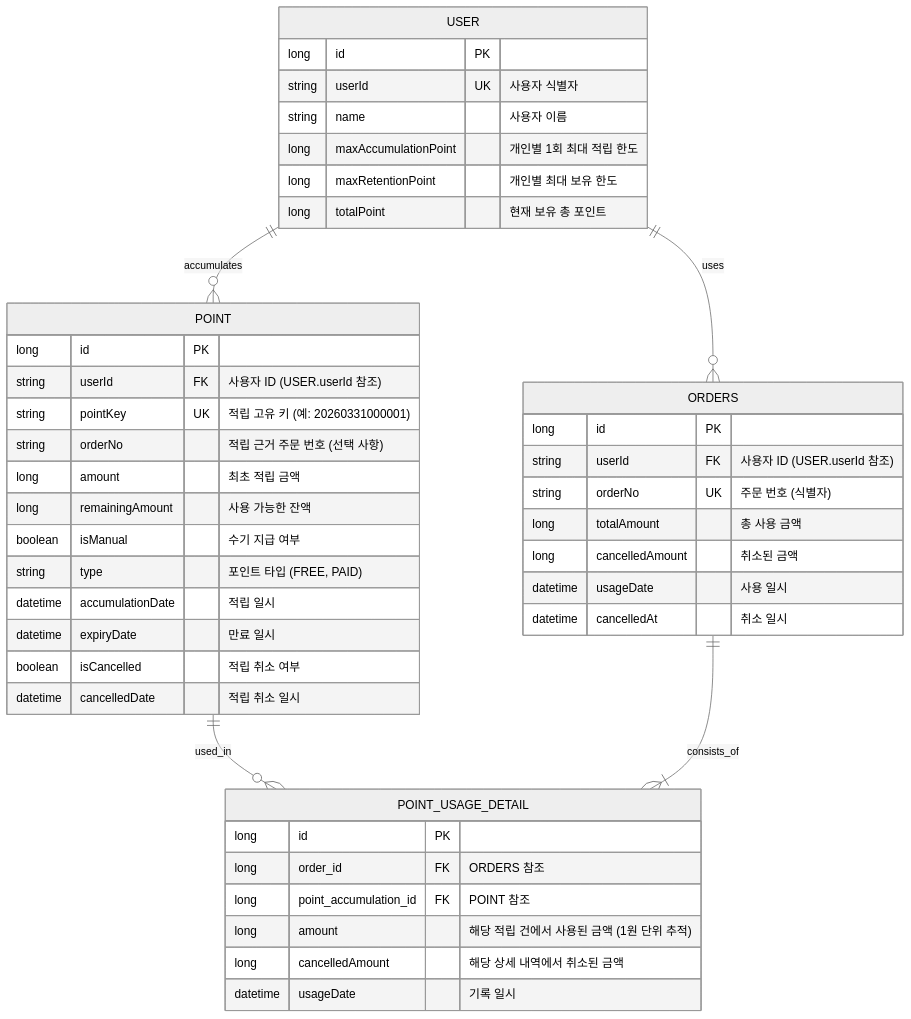
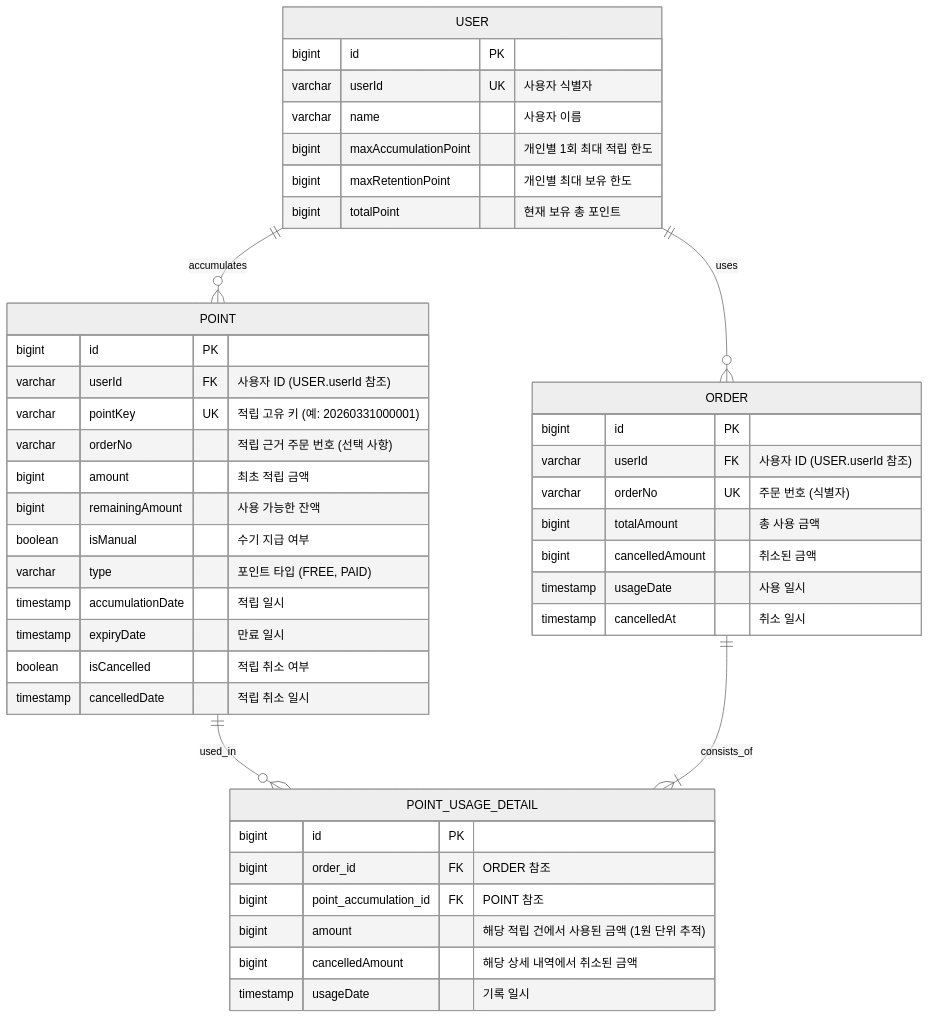
One commit to muzzaiwork/point changed the diagram in docs/데이터베이스 설계.md. Above: the diagram before and after it, drawn with Mermaid (neutral theme). The commit also changed other lines of this file and 2 other files, not shown here.

Commit message:
docs: ERD 데이터 타입 추가 및 테이블명 리네이밍(orders -> order)

````diff
--- a/docs/데이터베이스 설계.md
+++ b/docs/데이터베이스 설계.md
@@ -5,50 +5,50 @@
 ```mermaid
 erDiagram
     USER ||--o{ POINT : "accumulates"
-    USER ||--o{ ORDERS : "uses"
+    USER ||--o{ ORDER : "uses"
     POINT ||--o{ POINT_USAGE_DETAIL : "used_in"
-    ORDERS ||--|{ POINT_USAGE_DETAIL : "consists_of"
+    ORDER ||--|{ POINT_USAGE_DETAIL : "consists_of"
 
     USER {
-        long id PK
-        string userId UK "사용자 식별자"
-        string name "사용자 이름"
-        long maxAccumulationPoint "개인별 1회 최대 적립 한도"
-        long maxRetentionPoint "개인별 최대 보유 한도"
-        long totalPoint "현재 보유 총 포인트"
+        bigint id PK
+        varchar userId UK "사용자 식별자"
+        varchar name "사용자 이름"
+        bigint maxAccumulationPoint "개인별 1회 최대 적립 한도"
+        bigint maxRetentionPoint "개인별 최대 보유 한도"
+        bigint totalPoint "현재 보유 총 포인트"
     }
 
     POINT {
-        long id PK
-        string userId FK "사용자 ID (USER.userId 참조)"
-        string pointKey UK "적립 고유 키 (예: 20260331000001)"
-        string orderNo "적립 근거 주문 번호 (선택 사항)"
-        long amount "최초 적립 금액"
-        long remainingAmount "사용 가능한 잔액"
+        bigint id PK
+        varchar userId FK "사용자 ID (USER.userId 참조)"
+        varchar pointKey UK "적립 고유 키 (예: 20260331000001)"
+        varchar orderNo "적립 근거 주문 번호 (선택 사항)"
+        bigint amount "최초 적립 금액"
+        bigint remainingAmount "사용 가능한 잔액"
         boolean isManual "수기 지급 여부"
-        string type "포인트 타입 (FREE, PAID)"
-        datetime accumulationDate "적립 일시"
-        datetime expiryDate "만료 일시"
+        varchar type "포인트 타입 (FREE, PAID)"
+        timestamp accumulationDate "적립 일시"
+        timestamp expiryDate "만료 일시"
         boolean isCancelled "적립 취소 여부"
-        datetime cancelledDate "적립 취소 일시"
+        timestamp cancelledDate "적립 취소 일시"
     }
 
-    ORDERS {
-        long id PK
-        string userId FK "사용자 ID (USER.userId 참조)"
-        string orderNo UK "주문 번호 (식별자)"
-        long totalAmount "총 사용 금액"
-        long cancelledAmount "취소된 금액"
-        datetime usageDate "사용 일시"
-        datetime cancelledAt "취소 일시"
+    ORDER {
+        bigint id PK
+        varchar userId FK "사용자 ID (USER.userId 참조)"
+        varchar orderNo UK "주문 번호 (식별자)"
+        bigint totalAmount "총 사용 금액"
+        bigint cancelledAmount "취소된 금액"
+        timestamp usageDate "사용 일시"
+        timestamp cancelledAt "취소 일시"
     }
 
     POINT_USAGE_DETAIL {
-        long id PK
-        long order_id FK "ORDERS 참조"
-        long point_accumulation_id FK "POINT 참조"
-        long amount "해당 적립 건에서 사용된 금액 (1원 단위 추적)"
-        long cancelledAmount "해당 상세 내역에서 취소된 금액"
-        datetime usageDate "기록 일시"
+        bigint id PK
+        bigint order_id FK "ORDER 참조"
+        bigint point_accumulation_id FK "POINT 참조"
+        bigint amount "해당 적립 건에서 사용된 금액 (1원 단위 추적)"
+        bigint cancelledAmount "해당 상세 내역에서 취소된 금액"
+        timestamp usageDate "기록 일시"
     }
 ```
````
